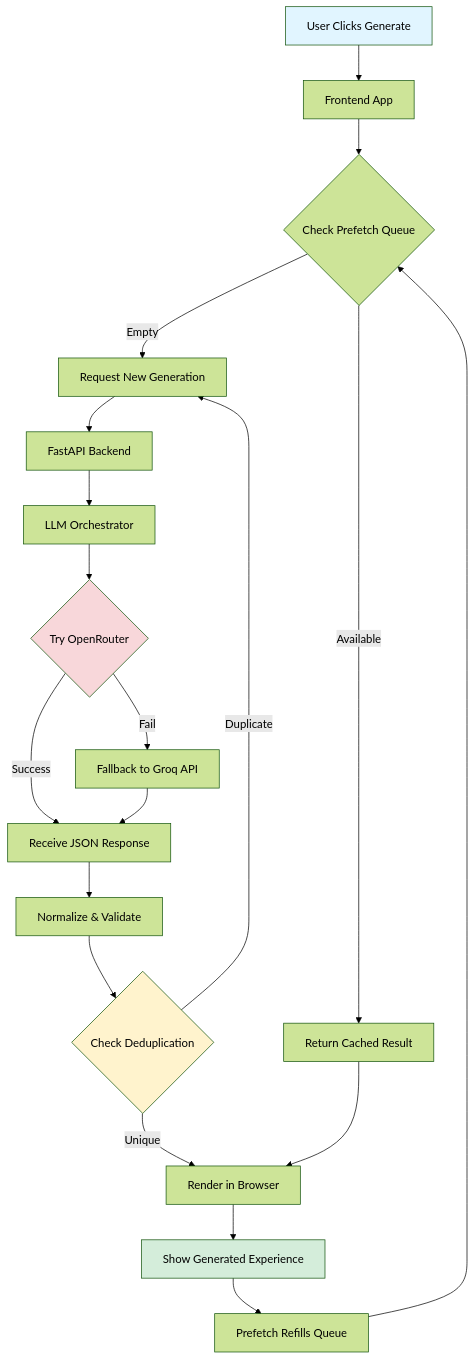
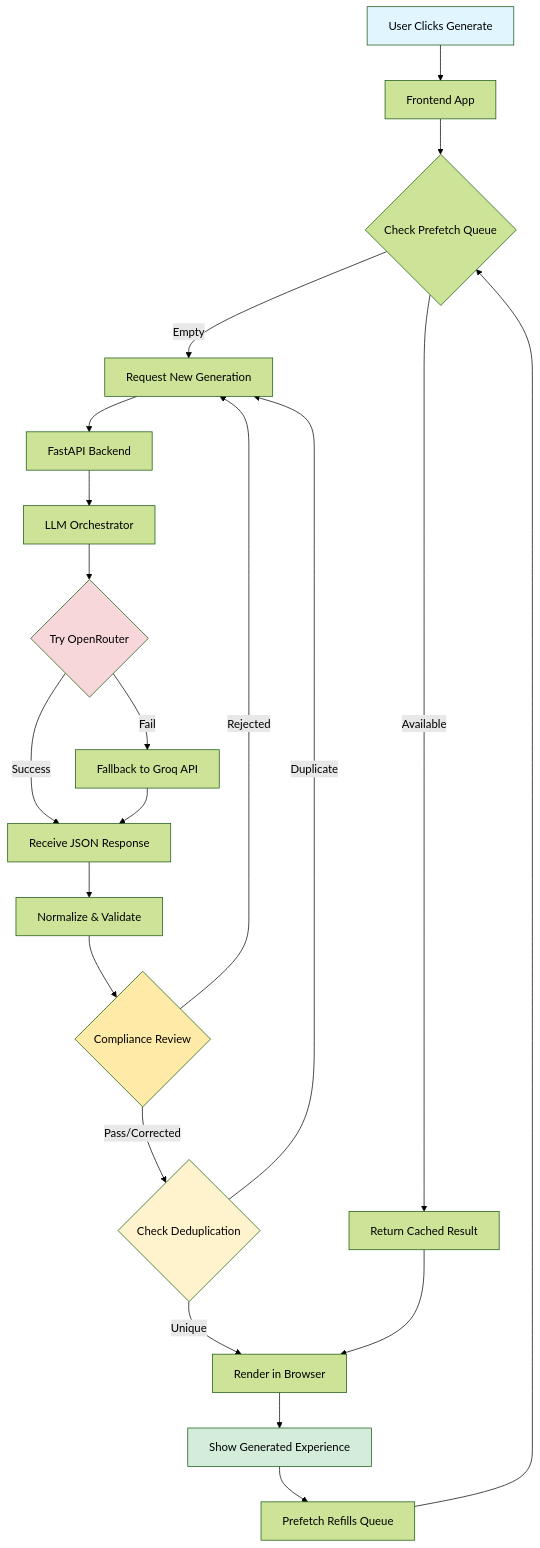
One commit to lesprgm/Roulette changed the diagram in README.md. Above: the diagram before and after it, drawn with Mermaid (forest theme).

Commit message:
Add compliance checker to README flowchart diagram

````diff
--- a/README.md
+++ b/README.md
@@ -52,26 +52,29 @@
 ```mermaid
 graph TD
     A[User Clicks Generate] --> B[Frontend App]
     B --> C{Check Prefetch Queue}
     C -->|Available| D[Return Cached Result]
     C -->|Empty| E[Request New Generation]
     E --> F[FastAPI Backend]
     F --> G[LLM Orchestrator]
     G --> H{Try OpenRouter}
     H -->|Success| I[Receive JSON Response]
     H -->|Fail| J[Fallback to Groq API]
     J --> I
     I --> K[Normalize & Validate]
-    K --> L{Check Deduplication}
-    L -->|Unique| M[Render in Browser]
-    L -->|Duplicate| E
-    M --> N[Show Generated Experience]
-    N --> O[Prefetch Refills Queue]
-    O --> C
-    D --> M
+    K --> L{Compliance Review}
+    L -->|Pass/Corrected| M{Check Deduplication}
+    L -->|Rejected| E
+    M -->|Unique| N[Render in Browser]
+    M -->|Duplicate| E
+    N --> O[Show Generated Experience]
+    O --> P[Prefetch Refills Queue]
+    P --> C
+    D --> N
     
     style A fill:#e1f5ff
-    style N fill:#d4edda
-    style L fill:#fff3cd
+    style O fill:#d4edda
+    style L fill:#ffeaa7
+    style M fill:#fff3cd
     style H fill:#f8d7da
 ```
````
